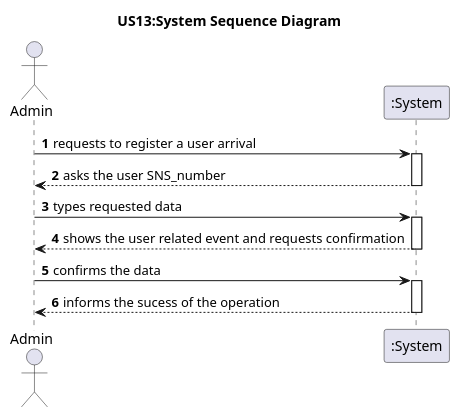
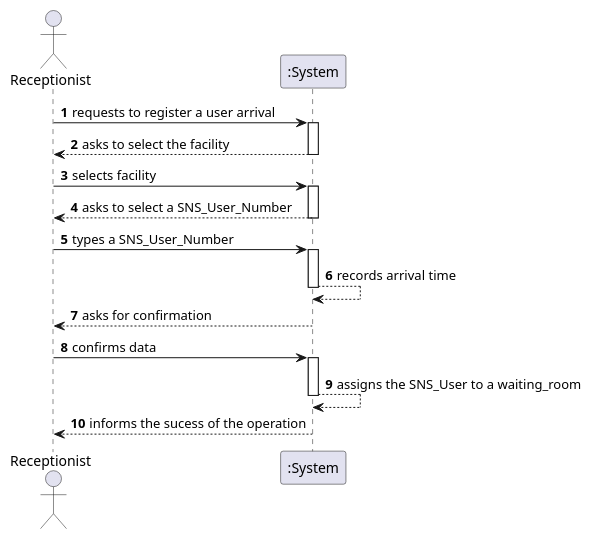
Before and after one commit to Parafita123/leti-esoft-25-26-B1: the diagram in docs/system-documentation/US22/puml/US22-SSD.puml, drawn with PlantUML. The commit also changed 12 other files, not shown here.

```diff
--- a/docs/system-documentation/US22/puml/US22-SSD.puml
+++ b/docs/system-documentation/US22/puml/US22-SSD.puml
@@ -1,24 +1,30 @@
 @startuml
 'https://plantuml.com/sequence-diagram
-
-title US13:System Sequence Diagram
 
 autoactivate on
 autonumber
 
-actor "Admin" as user
+actor "Receptionist" as user
 participant ":System" as system
 
  user -> system:requests to register a user arrival
 
-system --> user:asks the user SNS_number
+system --> user:asks to select the facility
 
-user -> system: types requested data
+user -> system: selects facility
 
-system --> user: shows the user related event and requests confirmation
+system --> user: asks to select a SNS_User_Number
 
-user -> system: confirms the data
+user -> system: types a SNS_User_Number
+
+system --> system: records arrival time
+
+system --> user: asks for confirmation
+
+user -> system: confirms data
+
+system --> system: assigns the SNS_User to a waiting_room
 
 system --> user: informs the sucess of the operation
 
 @enduml
```
